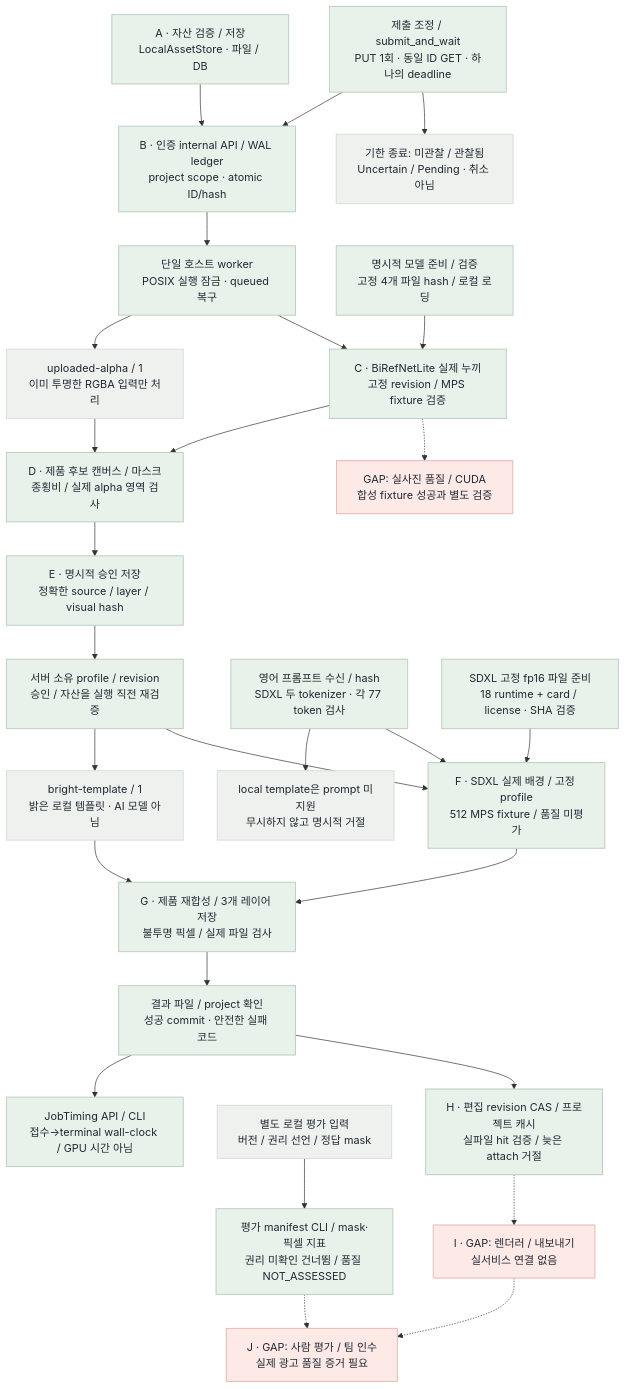
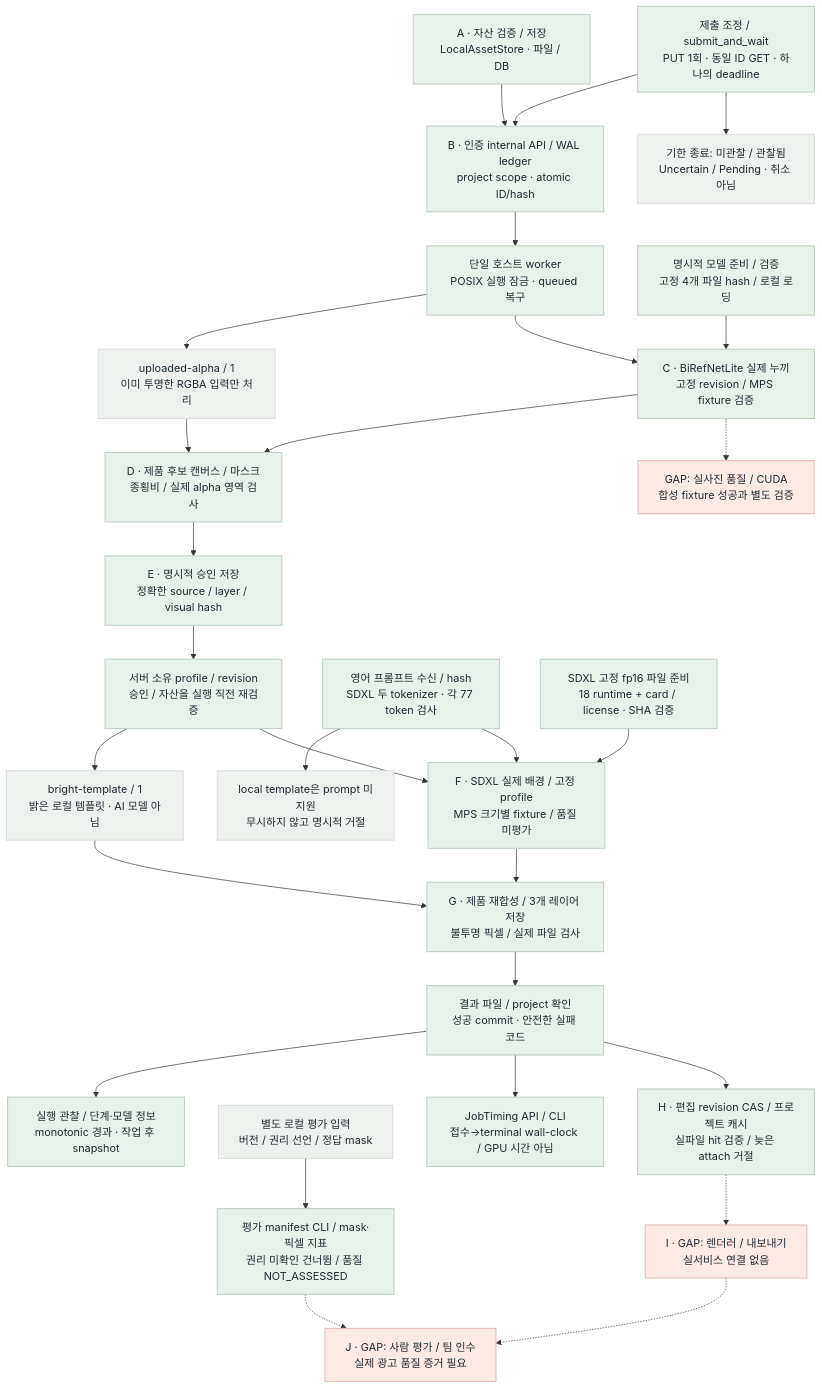
The second of 2 diagrams in fivecircles/architecture/spec/image-runtime-flow.md (uyt5041-lab/beauty-ai-models), drawn with Mermaid before and after one commit. The commit also changed other lines of this file and 33 other files, not shown here.

````diff
--- a/fivecircles/architecture/spec/image-runtime-flow.md
+++ b/fivecircles/architecture/spec/image-runtime-flow.md
@@ -39,46 +41,48 @@
 ```mermaid
 flowchart TB
     A["A · 자산 검증 / 저장<br/>LocalAssetStore · 파일 / DB"]:::green
     B["B · 인증 internal API / WAL ledger<br/>project scope · atomic ID/hash"]:::green
     O["제출 조정 / submit_and_wait<br/>PUT 1회 · 동일 ID GET · 하나의 deadline"]:::green
     Y["기한 종료: 미관찰 / 관찰됨<br/>Uncertain / Pending · 취소 아님"]:::gray
     W["단일 호스트 worker<br/>POSIX 실행 잠금 · queued 복구"]:::green
     U["uploaded-alpha / 1<br/>이미 투명한 RGBA 입력만 처리"]:::gray
     C["C · BiRefNetLite 실제 누끼<br/>고정 revision / MPS fixture 검증"]:::green
     D["D · 제품 후보 캔버스 / 마스크<br/>종횡비 / 실제 alpha 영역 검사"]:::green
     E["E · 명시적 승인 저장<br/>정확한 source / layer / visual hash"]:::green
     P["서버 소유 profile / revision<br/>승인 / 자산을 실행 직전 재검증"]:::green
     T["bright-template / 1<br/>밝은 로컬 템플릿 · AI 모델 아님"]:::gray
-    F["F · SDXL 실제 배경 / 고정 profile<br/>512 MPS fixture / 품질 미평가"]:::green
+    F["F · SDXL 실제 배경 / 고정 profile<br/>MPS 크기별 fixture / 품질 미평가"]:::green
     G["G · 제품 재합성 / 3개 레이어 저장<br/>불투명 픽셀 / 실제 파일 검사"]:::green
     R["결과 파일 / project 확인<br/>성공 commit · 안전한 실패 코드"]:::green
     H["H · 편집 revision CAS / 프로젝트 캐시<br/>실파일 hit 검증 / 늦은 attach 거절"]:::green
     I["I · GAP: 렌더러 / 내보내기<br/>실서비스 연결 없음"]:::red
     J["J · GAP: 사람 평가 / 팀 인수<br/>실제 광고 품질 증거 필요"]:::red
     Q["영어 프롬프트 수신 / hash<br/>SDXL 두 tokenizer · 각 77 token 검사"]:::green
     X["local template은 prompt 미지원<br/>무시하지 않고 명시적 거절"]:::gray
     V["별도 로컬 평가 입력<br/>버전 / 권리 선언 / 정답 mask"]:::gray
     K["평가 manifest CLI / mask·픽셀 지표<br/>권리 미확인 건너뜀 / 품질 NOT_ASSESSED"]:::green
     L["JobTiming API / CLI<br/>접수→terminal wall-clock / GPU 시간 아님"]:::green
     O --> B
     O --> Y
+    M["실행 관찰 / 단계·모델 정보<br/>monotonic 경과 · 작업 후 snapshot"]:::green
+    R --> M
     V --> K -.-> J
     R --> L
     Q --> X
     Q --> F
     A --> B --> W --> U --> D --> E --> P --> T --> G --> R
     S["명시적 모델 준비 / 검증<br/>고정 4개 파일 hash / 로컬 로딩"]:::green
     N["GAP: 실사진 품질 / CUDA<br/>합성 fixture 성공과 별도 검증"]:::red
     S --> C
     W --> C --> D
     C -.-> N
     S2["SDXL 고정 fp16 파일 준비<br/>18 runtime + card / license · SHA 검증"]:::green
     S2 --> F
     P --> F --> G
     R --> H -.-> I -.-> J
 classDef green fill:#e8f2ea,stroke:#bdd1c2,color:#1f2933,stroke-width:1.5px
 classDef blue fill:#e8f0f7,stroke:#c2d3e0,color:#1f2933,stroke-width:1.5px
 classDef amber fill:#fff4dc,stroke:#e7c88f,color:#1f2933,stroke-width:1.5px
 classDef red fill:#fde9e6,stroke:#e8bab5,color:#1f2933,stroke-width:1.5px
 classDef gray fill:#eef1ed,stroke:#d8e0da,color:#1f2933,stroke-width:1.5px
 ```
````
